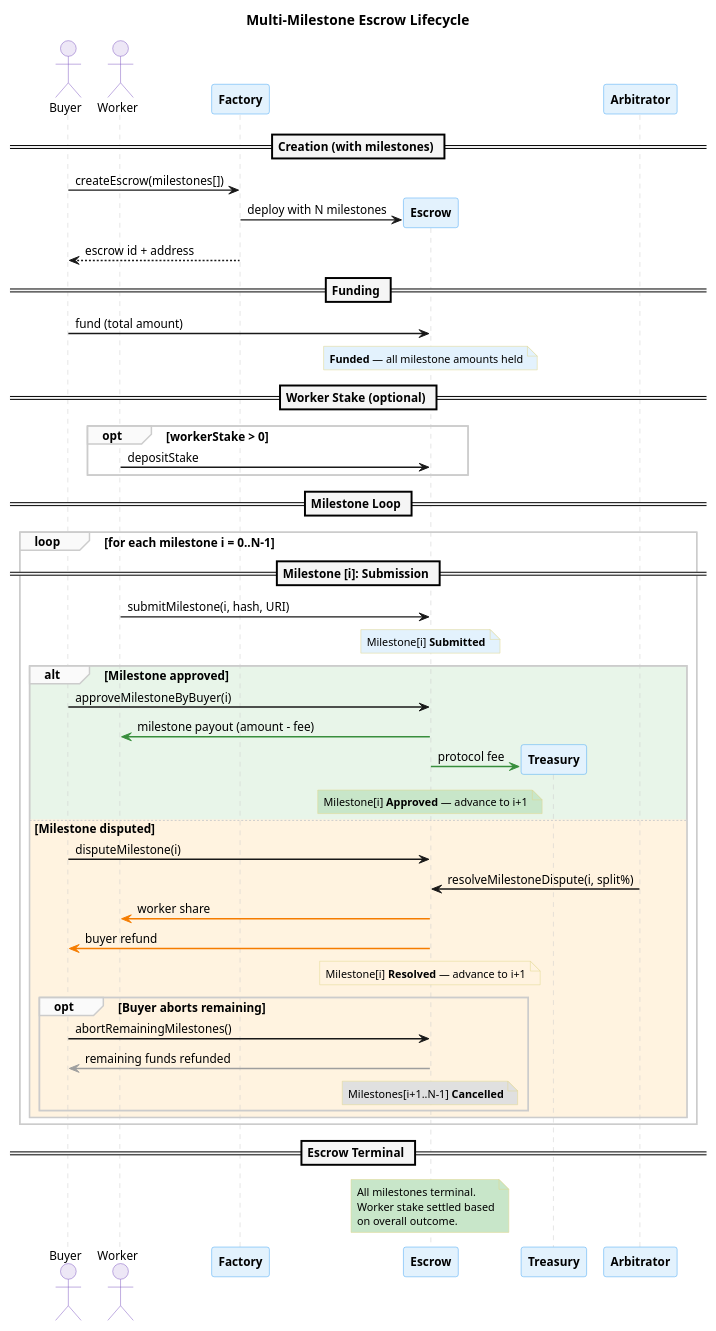
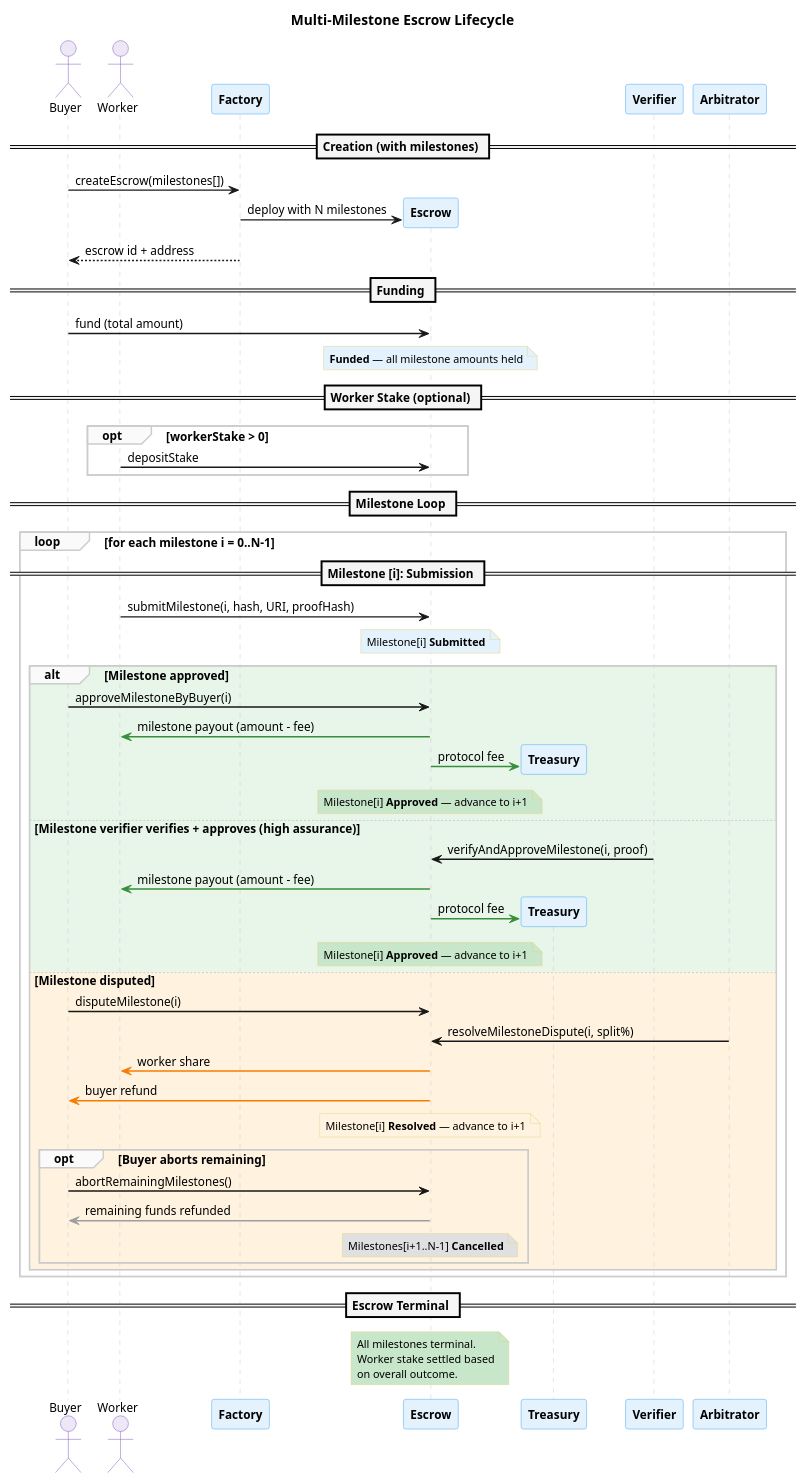
Before and after one commit to eddiefleurent/agent-escrow: the second of 5 diagrams in docs/diagrams/lifecycle-sequence.puml, drawn with PlantUML. The commit also changed other lines of this file and 52 other files, not shown here.

```diff
--- a/docs/diagrams/lifecycle-sequence.puml
+++ b/docs/diagrams/lifecycle-sequence.puml
@@ -98,92 +100,98 @@
 @startuml milestone-lifecycle-sequence
 skinparam backgroundColor #FFFFFF
 skinparam defaultFontName "Helvetica"
 skinparam defaultFontSize 12
 skinparam shadowing false
 skinparam sequenceArrowThickness 1.5
 skinparam sequenceLifeLineBorderColor #CCCCCC
 skinparam sequenceDividerBackgroundColor #F5F5F5
 skinparam sequenceDividerFontStyle bold
 skinparam sequenceGroupBackgroundColor #FAFAFA
 skinparam sequenceGroupBorderColor #CCCCCC
 
 skinparam participant {
   BorderColor #42A5F5
   BackgroundColor #E3F2FD
   FontStyle bold
 }
 
 skinparam actor {
   BorderColor #7E57C2
   BackgroundColor #EDE7F6
 }
 
 skinparam note {
   BackgroundColor #FFFDE7
   BorderColor #E0D68A
   FontSize 11
 }
 
 title Multi-Milestone Escrow Lifecycle
 
 actor "Buyer" as buyer
 actor "Worker" as worker
 participant "Factory" as factory
 
 == Creation (with milestones) ==
 
 buyer -> factory : createEscrow(milestones[])
 factory -> "Escrow" as escrow ** : deploy with N milestones
 factory --> buyer : escrow id + address
 
 == Funding ==
 
 buyer -> escrow : fund (total amount)
 note over escrow #E3F2FD : **Funded** — all milestone amounts held
 
 == Worker Stake (optional) ==
 
 opt workerStake > 0
   worker -> escrow : depositStake
 end
 
 == Milestone Loop ==
 
 loop for each milestone i = 0..N-1
 
   == Milestone [i]: Submission ==
 
-  worker -> escrow : submitMilestone(i, hash, URI)
+  worker -> escrow : submitMilestone(i, hash, URI, proofHash)
   note over escrow #E3F2FD : Milestone[i] **Submitted**
 
   alt #E8F5E9 Milestone approved
     buyer -> escrow : approveMilestoneByBuyer(i)
+    escrow -[#388E3C]> worker : milestone payout (amount - fee)
+    escrow -[#388E3C]> "Treasury" as treasury ** #E8F5E9 : protocol fee
+    note over escrow #C8E6C9 : Milestone[i] **Approved** — advance to i+1
+
+  else #E8F5E9 Milestone verifier verifies + approves (high assurance)
+    "Verifier" as verifier -> escrow : verifyAndApproveMilestone(i, proof)
     escrow -[#388E3C]> worker : milestone payout (amount - fee)
     escrow -[#388E3C]> "Treasury" as treasury ** #E8F5E9 : protocol fee
     note over escrow #C8E6C9 : Milestone[i] **Approved** — advance to i+1
 
   else #FFF3E0 Milestone disputed
     buyer -> escrow : disputeMilestone(i)
     "Arbitrator" as arbitrator -> escrow : resolveMilestoneDispute(i, split%)
     escrow -[#F57C00]> worker : worker share
     escrow -[#F57C00]> buyer : buyer refund
     note over escrow #FFF3E0 : Milestone[i] **Resolved** — advance to i+1
 
     opt Buyer aborts remaining
       buyer -> escrow : abortRemainingMilestones()
       escrow -[#9E9E9E]> buyer : remaining funds refunded
       note over escrow #E0E0E0 : Milestones[i+1..N-1] **Cancelled**
     end
   end
 
 end
 
 == Escrow Terminal ==
 
 note over escrow #C8E6C9
   All milestones terminal.
   Worker stake settled based
   on overall outcome.
 end note
 
 @enduml
```
